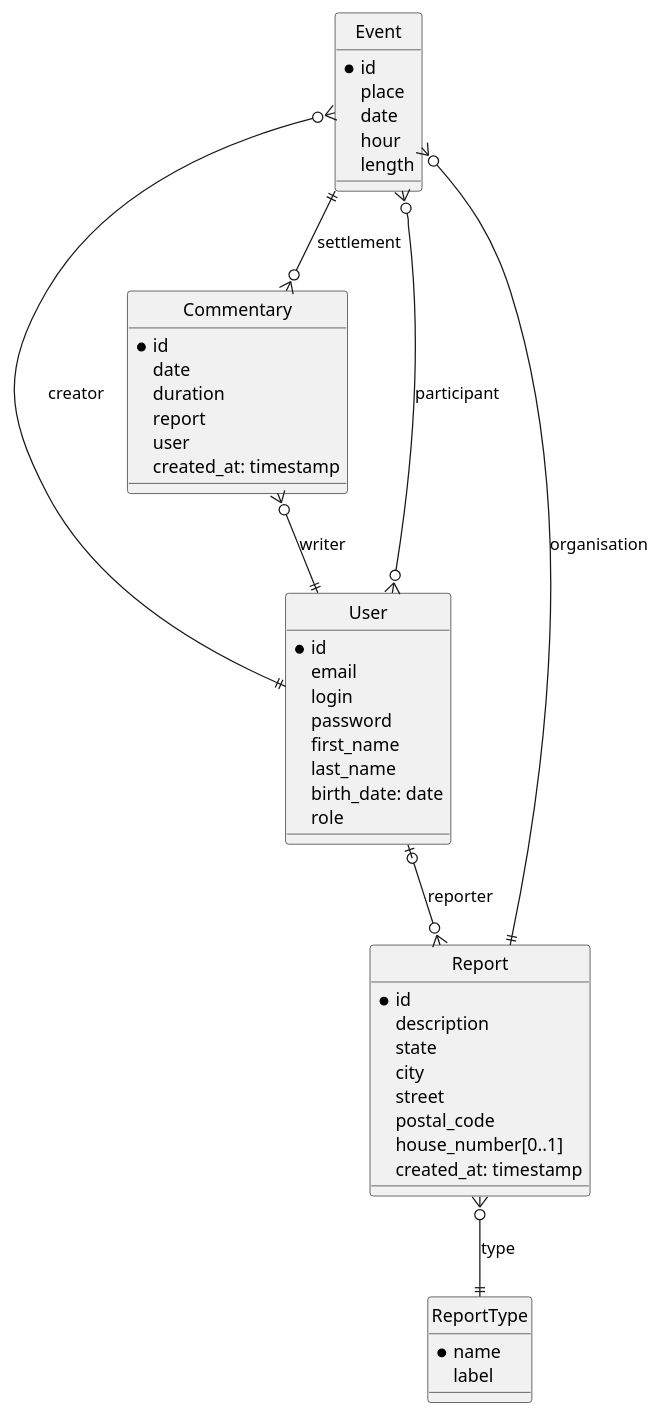
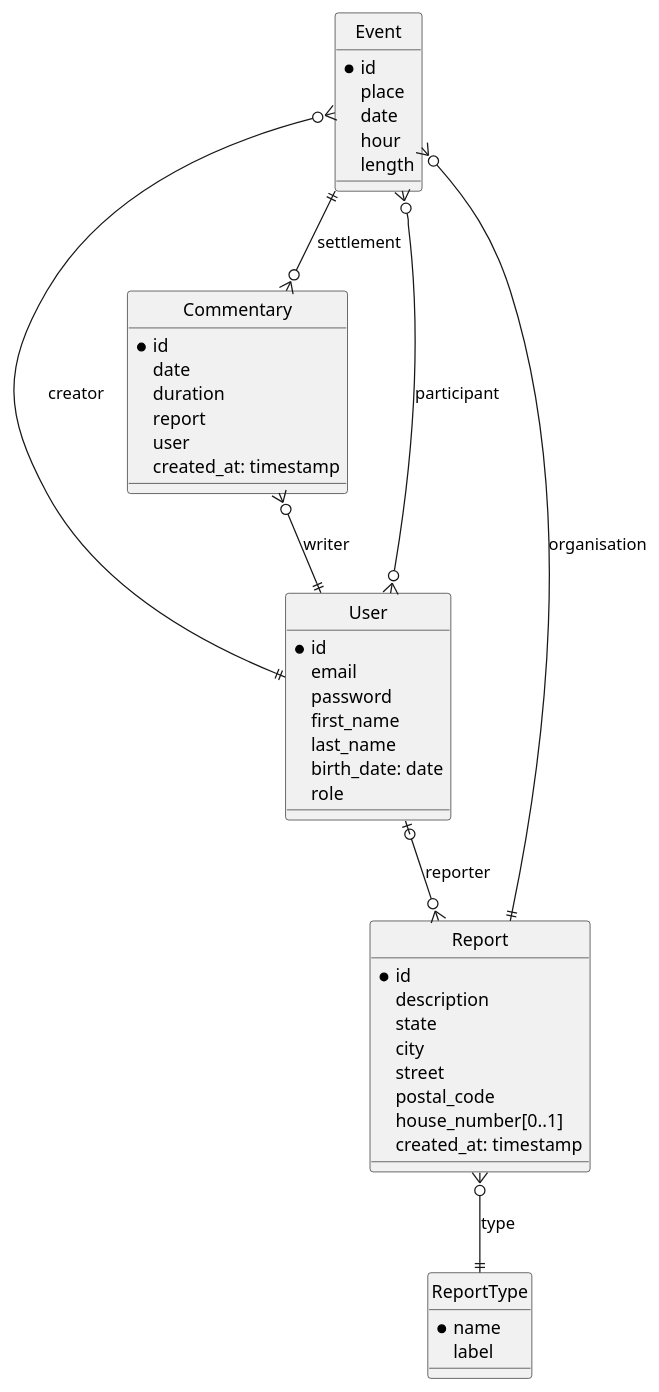
The diagram in schemas/database_EA.puml (ThibBer/smartcity_api), drawn with PlantUML before and after one commit.

Commit message:
remove user login

```diff
--- a/schemas/database_EA.puml
+++ b/schemas/database_EA.puml
@@ -1,56 +1,55 @@
 @startuml
 hide circle
 
 entity User{
     * id
     email
-    login
     password
     first_name
     last_name
     birth_date: date
     role
 }
 
 entity Report {
     * id
     description
     state
     city
     street
     postal_code
     house_number[0..1]
     created_at: timestamp
 }
 
 entity Event {
     * id
     place
     date
     hour
     length
 }
 
 entity Commentary {
     * id
     date
     duration
     report
     user
     created_at: timestamp
 }
 
 entity ReportType {
     * name
     label
 }
 
 User |o--o{ Report : reporter
 Report ||--o{ Event : organisation
 Commentary }o--|| User : writer
 Event ||--o{ Commentary : settlement
 User }o--o{ Event : participant
 User ||-up-o{ Event : creator
 Report }o--|| ReportType : type
 
 @enduml
```
